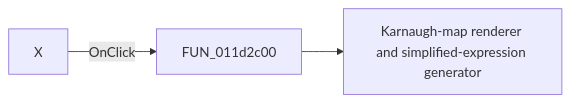
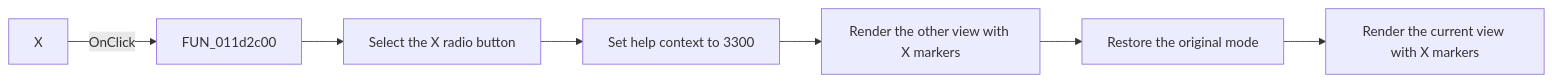
Before and after one commit to MovGP0/TIARA: the diagram in docs/ui-controls/vk-form/radiobutton2-0c15c9b446.md, drawn with Mermaid. The commit also changed other lines of this file and 1062 other files, not shown here.

````diff
--- a/docs/ui-controls/vk-form/radiobutton2-0c15c9b446.md
+++ b/docs/ui-controls/vk-form/radiobutton2-0c15c9b446.md
@@ -27,5 +29,9 @@
 ```mermaid
 flowchart LR
     control["X"] -->|OnClick| handler["FUN_011d2c00"]
-    handler --> call1["Karnaugh-map renderer and simplified-expression generator"]
+    handler --> selectMarker["Select the X radio button"]
+    selectMarker --> helpContext["Set help context to 3300"]
+    helpContext --> renderOther["Render the other view with X markers"]
+    renderOther --> restoreMode["Restore the original mode"]
+    restoreMode --> renderCurrent["Render the current view with X markers"]
 ```
````
